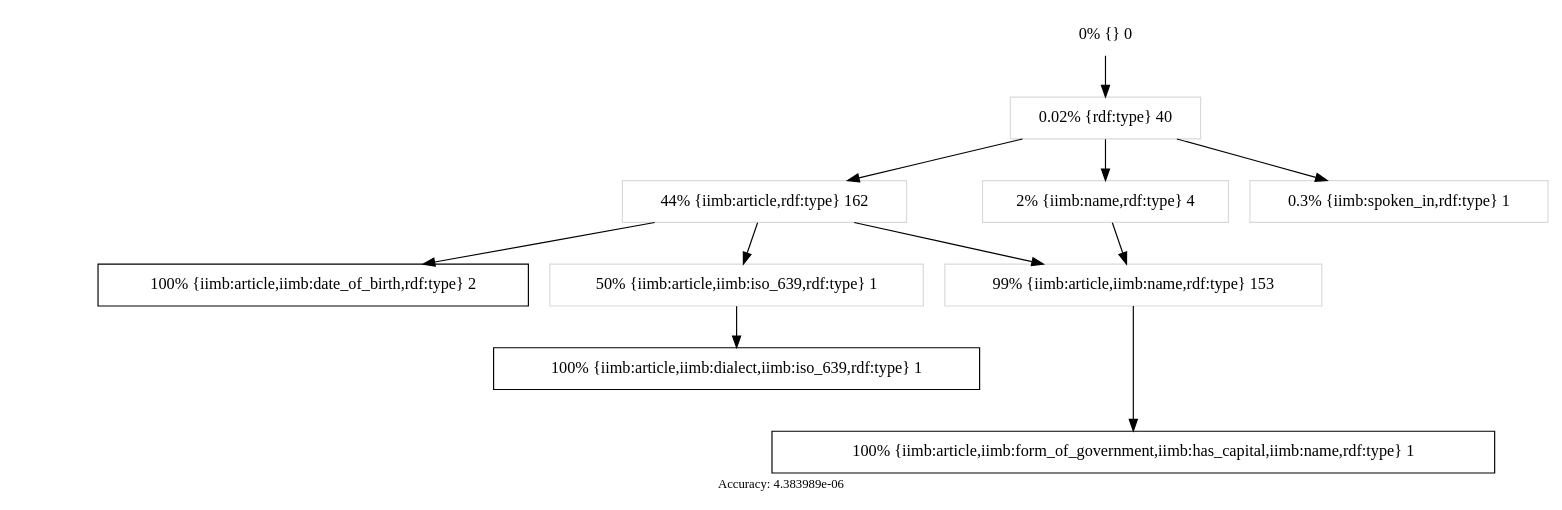
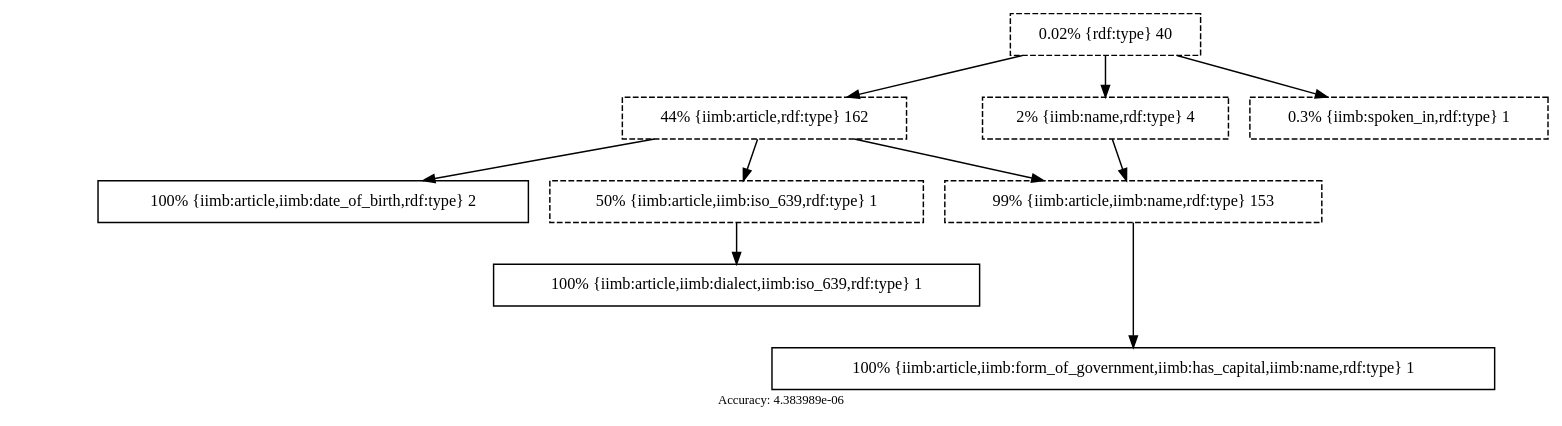
One commit to wouterbeek/IOTW changed the diagram in Article/iimb_approximation_example.dot. Above: the diagram before and after it, drawn with Graphviz. The commit also changed 1 other file, not shown here.

```diff
--- a/Article/iimb_approximation_example.dot
+++ b/Article/iimb_approximation_example.dot
@@ -1,58 +1,54 @@
 digraph iimb_4 {
-  {
-    rank=same;
-    node_r0 [label="", shape="plaintext"];
-    j [color="/greys9/1", label="0% {} 0", shape="rectangle", style="solid"];
-  }
+  edge [color=black, penwidth="1.25"];
+  node [color=black, penwidth="1.25"];
+  
   {
     rank=same;
     node_r1 [label="", shape="plaintext"];
-    h [color="/greys9/3", label="0.02% {rdf:type} 40", shape="rectangle", style="solid"];
+    h [label="0.02% {rdf:type} 40", shape="rectangle", style="dashed"];
   }
   {
     rank=same;
     node_r2 [label="", shape="plaintext"];
-    a [color="/greys9/3", label="44% {iimb:article,rdf:type} 162", shape="rectangle", style="solid"];
-    g [color="/greys9/3", label="2% {iimb:name,rdf:type} 4", shape="rectangle", style="solid"];
-    i [color="/greys9/3", label="0.3% {iimb:spoken_in,rdf:type} 1", shape="rectangle", style="solid"];
+    a [label="44% {iimb:article,rdf:type} 162", shape="rectangle", style="dashed"];
+    g [label="2% {iimb:name,rdf:type} 4", shape="rectangle", style="dashed"];
+    i [label="0.3% {iimb:spoken_in,rdf:type} 1", shape="rectangle", style="dashed"];
   }
   {
     rank=same;
     node_r3 [label="", shape="plaintext"];
-    b [color="/greys9/9", label="100% {iimb:article,iimb:date_of_birth,rdf:type} 2", shape="rectangle", style="solid"];
-    c [color="/greys9/3", label="50% {iimb:article,iimb:iso_639,rdf:type} 1", shape="rectangle", style="solid"];
-    e [color="/greys9/3", label="99% {iimb:article,iimb:name,rdf:type} 153", shape="rectangle", style="solid"];
+    b [label="100% {iimb:article,iimb:date_of_birth,rdf:type} 2", shape="rectangle", style="solid"];
+    c [label="50% {iimb:article,iimb:iso_639,rdf:type} 1", shape="rectangle", style="dashed"];
+    e [label="99% {iimb:article,iimb:name,rdf:type} 153", shape="rectangle", style="dashed"];
   }
   {
     rank=same;
     node_r4 [label="", shape="plaintext", style="invis"];
-    d [color="/greys9/9", label="100% {iimb:article,iimb:dialect,iimb:iso_639,rdf:type} 1", shape="rectangle", style="solid"];
+    d [label="100% {iimb:article,iimb:dialect,iimb:iso_639,rdf:type} 1", shape="rectangle", style="solid"];
   }
   {
     rank=same;
     node_r5 [label="", shape="plaintext", style="invis"];
-    f [color="/greys9/9", label="100% {iimb:article,iimb:form_of_government,iimb:has_capital,iimb:name,rdf:type} 1", shape="rectangle", style="solid"];
+    f [label="100% {iimb:article,iimb:form_of_government,iimb:has_capital,iimb:name,rdf:type} 1", shape="rectangle", style="solid"];
   }
   
-  node_r0 -> node_r1 [style="invis"];
   node_r1 -> node_r2 [style="invis"];
   node_r2 -> node_r3 [style="invis"];
   node_r3 -> node_r4 [style="invis"];
   node_r4 -> node_r5 [style="invis"];
   
-  a -> b [color="black", style="solid"];
-  c -> d [color="black", style="solid"];
-  e -> f [color="black", style="solid"];
-  a -> c [color="black", style="solid"];
-  a -> e [color="black", style="solid"];
-  g -> e [color="black", style="solid"];
-  h -> a [color="black", style="solid"];
-  h -> g [color="black", style="solid"];
-  h -> i [color="black", style="solid"];
-  j -> h [color="black", style="solid"];
+  a -> b [style="solid"];
+  c -> d [style="solid"];
+  e -> f [style="solid"];
+  a -> c [style="solid"];
+  a -> e [style="solid"];
+  g -> e [style="solid"];
+  h -> a [style="solid"];
+  h -> g [style="solid"];
+  h -> i [style="solid"];
   
   charset="UTF-8"
   fontsize="11.0"
   label="Accuracy: 4.383989e-06"
   overlap="false"
 }
```
